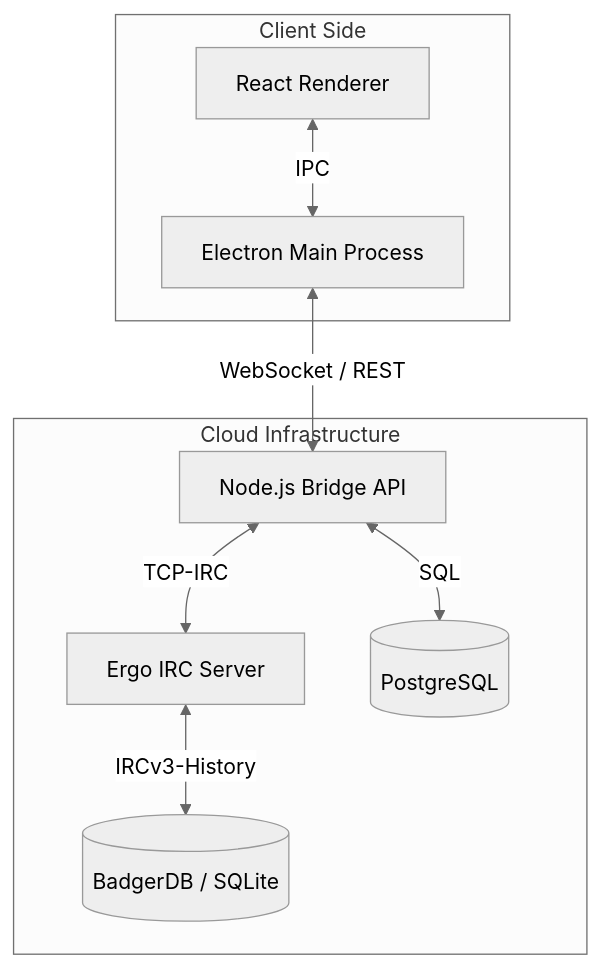
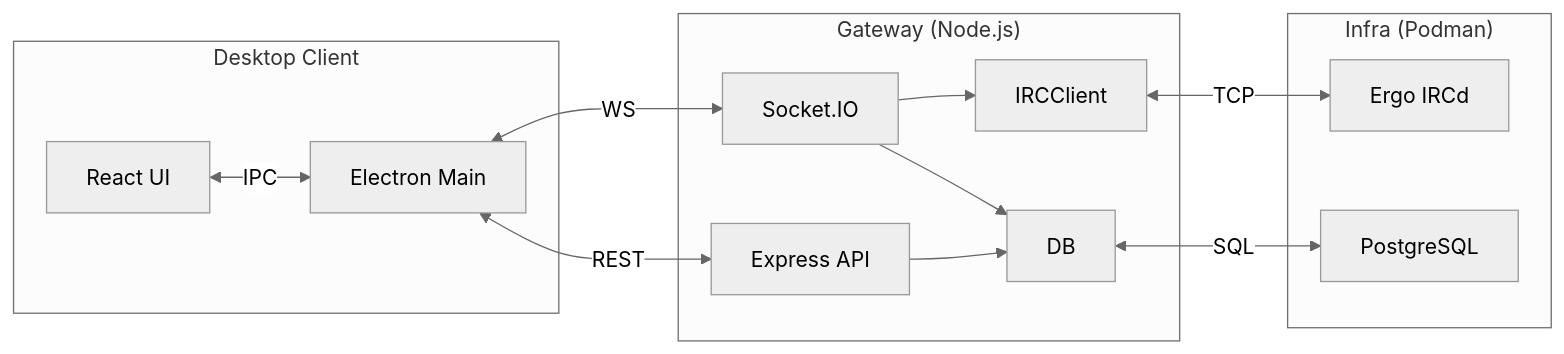
Before and after one commit to DohmBoy64Bit/IronCord: the diagram in README.md, drawn with Mermaid (neutral theme). The commit also changed other lines of this file and 45 other files, not shown here.

Commit message:
Complete implementation: Refactored gateway with JWT, IRC reconnection, chat history, guild creation, and full test suite

````diff
--- a/README.md
+++ b/README.md
@@ -14,13 +14,25 @@
 ```mermaid
-graph TD
-    subgraph Client_Side["Client Side"]
-        UI["React Renderer"] <-->|IPC| Main["Electron Main Process"]
+graph LR
+    subgraph "Desktop Client"
+        UI["React UI"] <-->|IPC| Main["Electron Main"]
     end
 
-    subgraph Cloud_Infrastructure["Cloud Infrastructure"]
-        Main <-->|WebSocket / REST| Gateway["Node.js Bridge API"]
-        Gateway <-->|TCP-IRC| IRCd["Ergo IRC Server"]
-        Gateway <-->|SQL| DB[(PostgreSQL)]
-        IRCd <-->|IRCv3-History| IRC_DB[(BadgerDB / SQLite)]
+    subgraph "Gateway (Node.js)"
+        API["Express API"]
+        WS["Socket.IO"]
+        IRC["IRCClient"]
+        API --> DB
+        WS --> IRC
+        WS --> DB
     end
+
+    subgraph "Infra (Podman)"
+        Ergo["Ergo IRCd"]
+        PG["PostgreSQL"]
+    end
+
+    Main <-->|REST| API
+    Main <-->|WS| WS
+    IRC <-->|TCP| Ergo
+    DB <-->|SQL| PG
 ```
````
